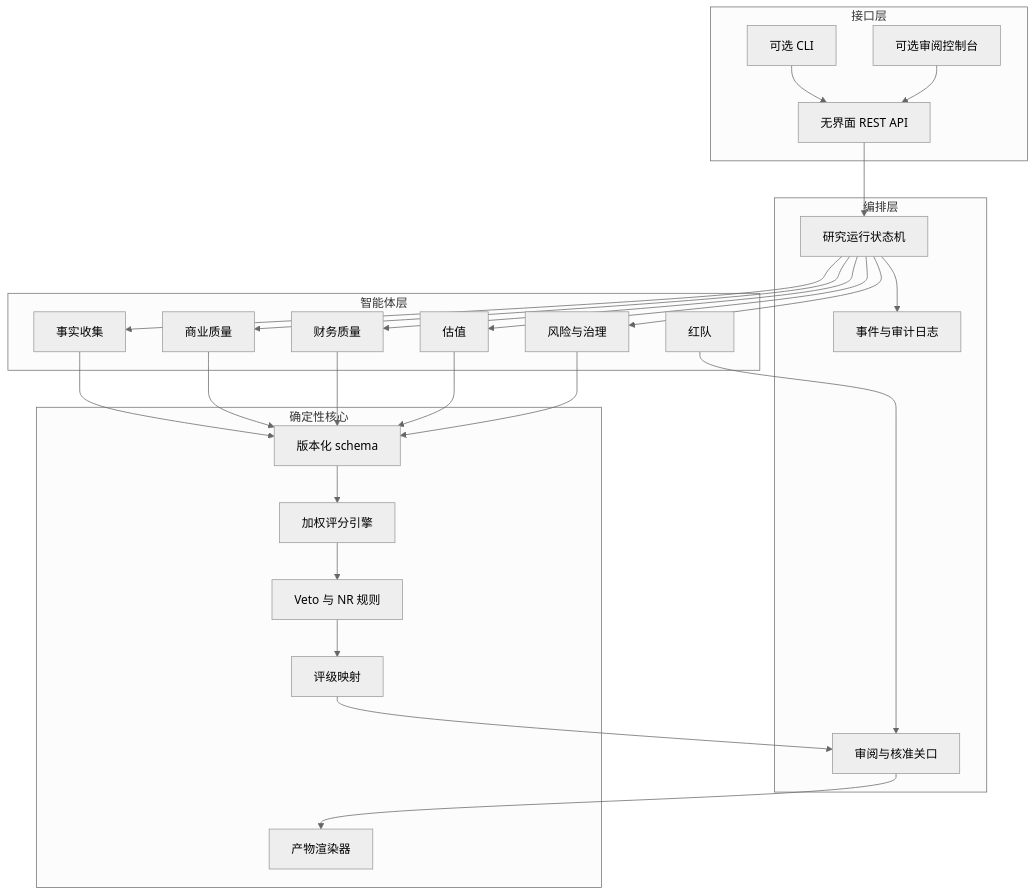
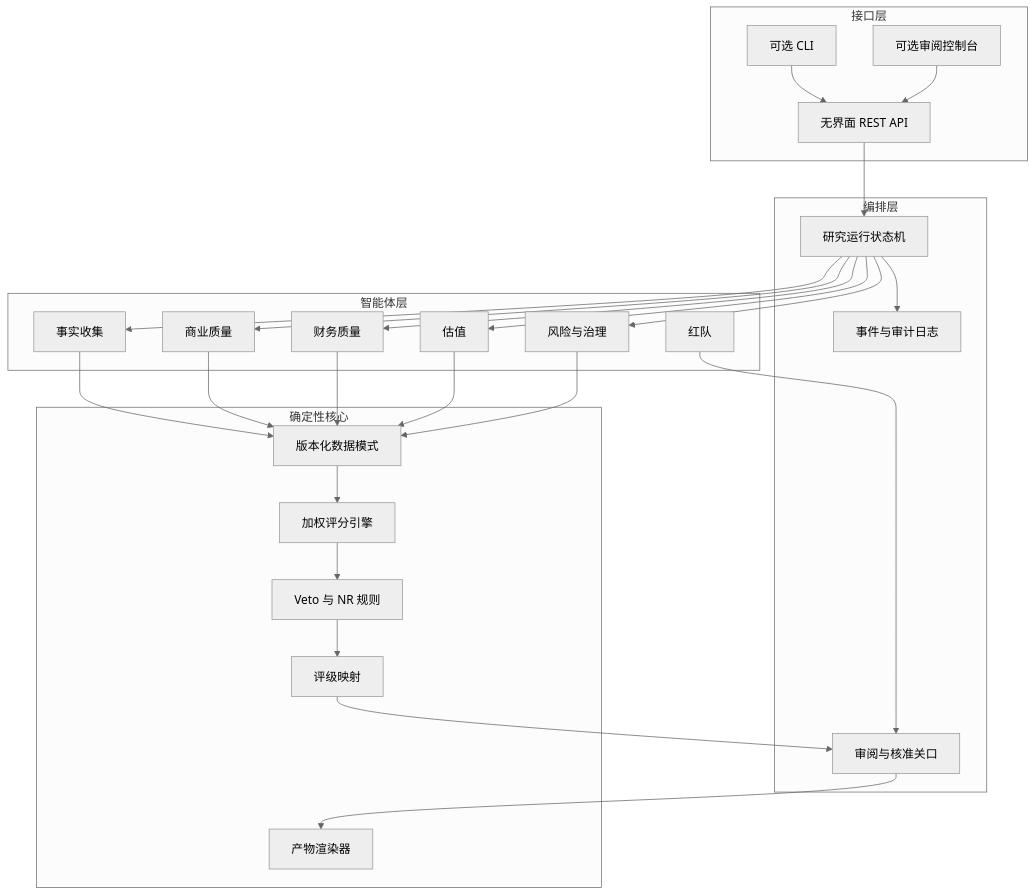
Before and after one commit to MapleQiAN/Fathomark: the second of 2 diagrams in README.zh-CN.md, drawn with Mermaid (neutral theme). The commit also changed other lines of this file, not shown here.

````diff
--- a/README.zh-CN.md
+++ b/README.zh-CN.md
@@ -84,48 +84,48 @@
 ```mermaid
 flowchart TB
     subgraph Interface[接口层]
       API[无界面 REST API]
       CLI[可选 CLI]
       WEB[可选审阅控制台]
     end
 
     subgraph Orchestration[编排层]
       RUN[研究运行状态机]
       BUS[事件与审计日志]
       GATE[审阅与核准关口]
     end
 
     subgraph Intelligence[智能体层]
       FACTS[事实收集]
       BUSINESS[商业质量]
       FIN[财务质量]
       VAL[估值]
       RISK[风险与治理]
       TEAM[红队]
     end
 
     subgraph Core[确定性核心]
-      SCHEMA[版本化 schema]
+      SCHEMA[版本化数据模式]
       SCORE[加权评分引擎]
       VETO[Veto 与 NR 规则]
       GRADE[评级映射]
       ART[产物渲染器]
     end
 
     API --> RUN
     CLI --> API
     WEB --> API
     RUN --> BUS
     RUN --> FACTS
     RUN --> BUSINESS
     RUN --> FIN
     RUN --> VAL
     RUN --> RISK
     FACTS --> SCHEMA
     BUSINESS --> SCHEMA
     FIN --> SCHEMA
     VAL --> SCHEMA
     RISK --> SCHEMA
     TEAM --> GATE
     SCHEMA --> SCORE --> VETO --> GRADE --> GATE --> ART
 ```
````
